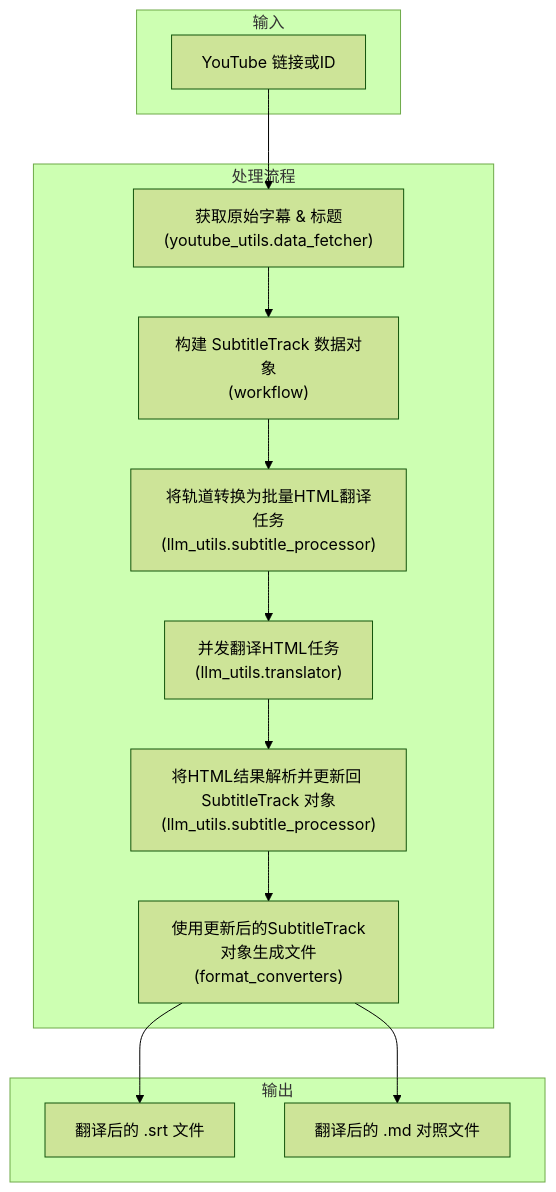
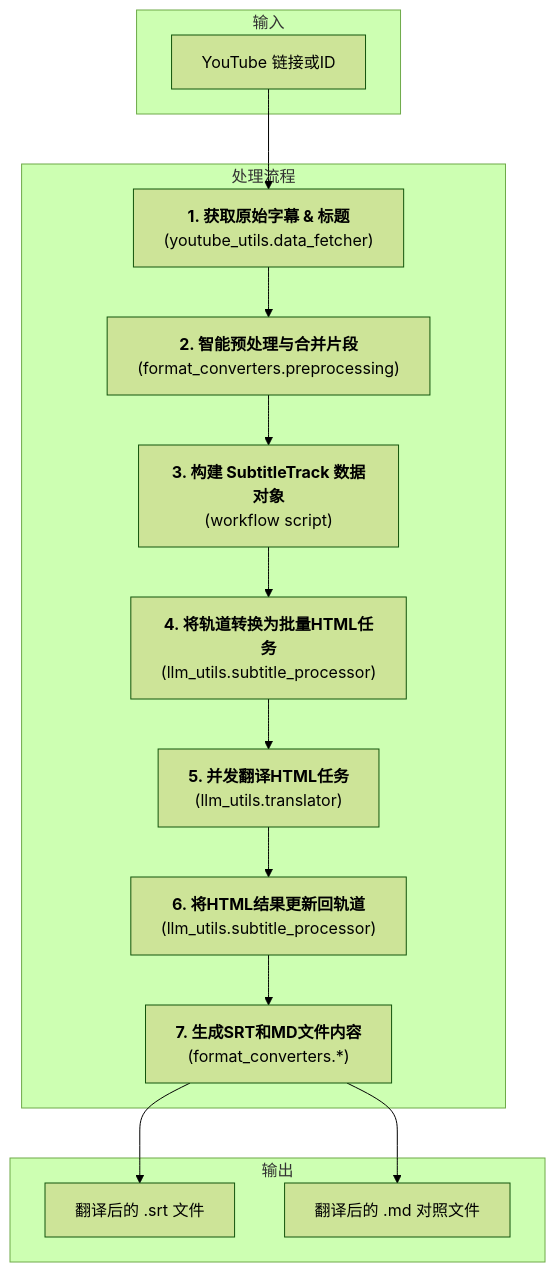
The diagram in docs/03_workflow_youtube_translation.md (kuniyao/MultiMediaGenAI), drawn with Mermaid (forest theme) before and after one commit. The commit also changed other lines of this file, not shown here.

````diff
--- a/docs/03_workflow_youtube_translation.md
+++ b/docs/03_workflow_youtube_translation.md
@@ -15,23 +15,24 @@
 ```mermaid
 graph TD;
     subgraph Input [输入]
         A[YouTube 链接或ID]
     end
 
     subgraph Processing [处理流程]
-        B["获取原始字幕 & 标题<br>(youtube_utils.data_fetcher)"]
-        C["构建 SubtitleTrack 数据对象<br>(workflow)"]
-        D["将轨道转换为批量HTML翻译任务<br>(llm_utils.subtitle_processor)"]
-        E["并发翻译HTML任务<br>(llm_utils.translator)"]
-        F["将HTML结果解析并更新回 SubtitleTrack 对象<br>(llm_utils.subtitle_processor)"]
-        G["使用更新后的SubtitleTrack对象生成文件<br>(format_converters)"]
+        B["<b>1. 获取原始字幕 & 标题</b><br>(youtube_utils.data_fetcher)"]
+        B_plus["<b>2. 智能预处理与合并片段</b><br>(format_converters.preprocessing)"]
+        C["<b>3. 构建 SubtitleTrack 数据对象</b><br>(workflow script)"]
+        D["<b>4. 将轨道转换为批量HTML任务</b><br>(llm_utils.subtitle_processor)"]
+        E["<b>5. 并发翻译HTML任务</b><br>(llm_utils.translator)"]
+        F["<b>6. 将HTML结果更新回轨道</b><br>(llm_utils.subtitle_processor)"]
+        G["<b>7. 生成SRT和MD文件内容</b><br>(format_converters.*)"]
     end
 
     subgraph Output [输出]
         H1[翻译后的 .srt 文件]
         H2[翻译后的 .md 对照文件]
     end
 
-    A --> B --> C --> D --> E --> F --> G;
+    A --> B --> B_plus --> C --> D --> E --> F --> G;
     G --> H1 & H2;
 ```
````
